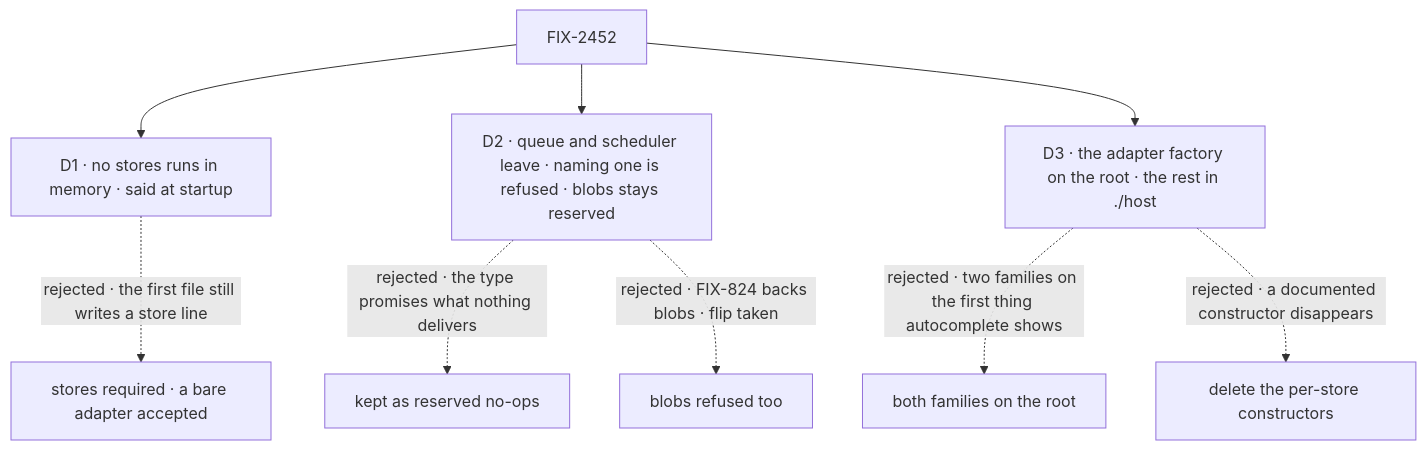
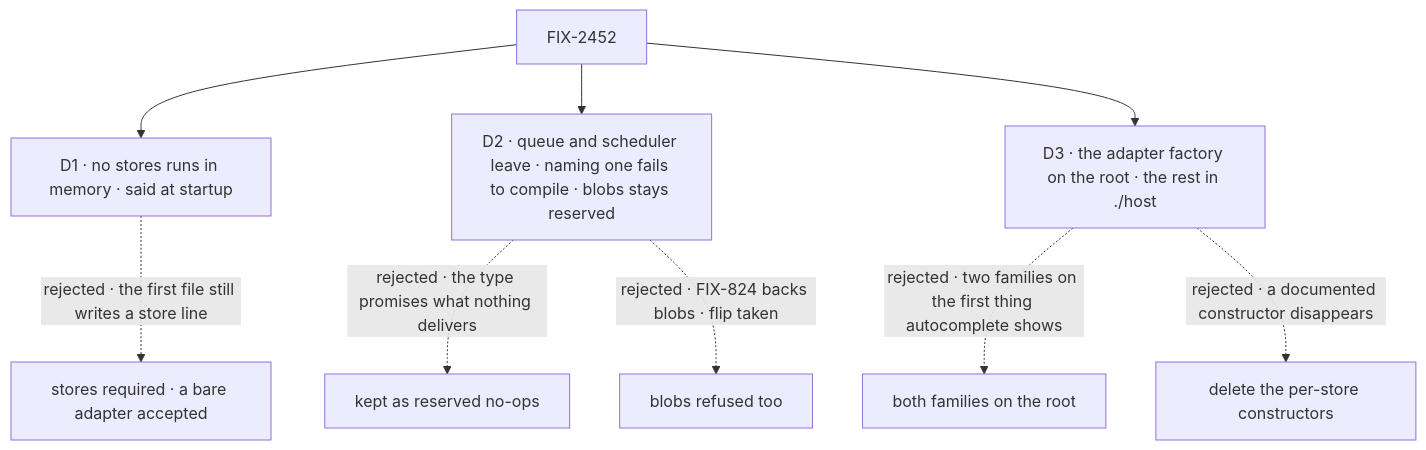
One commit to fixpoint-labs/flow-state-dev changed the diagram in specs/issues/FIX-2452/DECISIONS.md. Above: the diagram before and after it, drawn with Mermaid. The commit also changed other lines of this file and 44 other files, not shown here.

````diff
--- a/specs/issues/FIX-2452/DECISIONS.md
+++ b/specs/issues/FIX-2452/DECISIONS.md
@@ -10,11 +11,11 @@
 ```mermaid
 flowchart TD
   I["FIX-2452"] --> D1["D1 · no stores runs in memory · said at startup"]
   D1 -.->|"rejected · the first file still writes a store line"| X1["stores required · a bare adapter accepted"]
-  I --> D2["D2 · queue and scheduler leave · naming one is refused · blobs stays reserved"]
+  I --> D2["D2 · queue and scheduler leave · naming one fails to compile · blobs stays reserved"]
   D2 -.->|"rejected · the type promises what nothing delivers"| X2["kept as reserved no-ops"]
   D2 -.->|"rejected · FIX-824 backs blobs · flip taken"| X2b["blobs refused too"]
   I --> D3["D3 · the adapter factory on the root · the rest in ./host"]
   D3 -.->|"rejected · two families on the first thing autocomplete shows"| X3["both families on the root"]
   D3 -.->|"rejected · a documented constructor disappears"| X4["delete the per-store constructors"]
 ```
````
